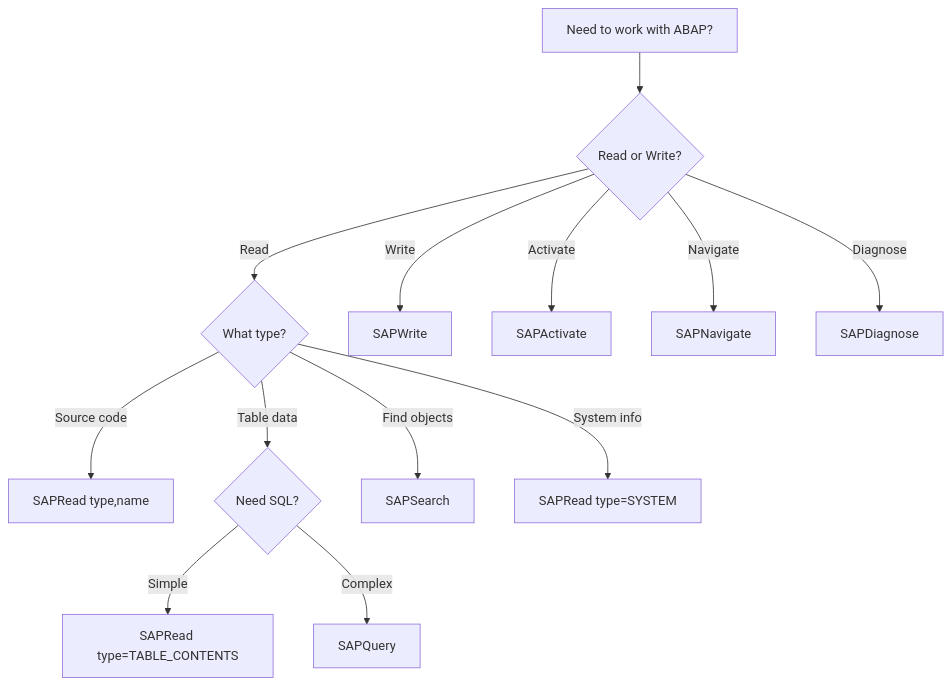
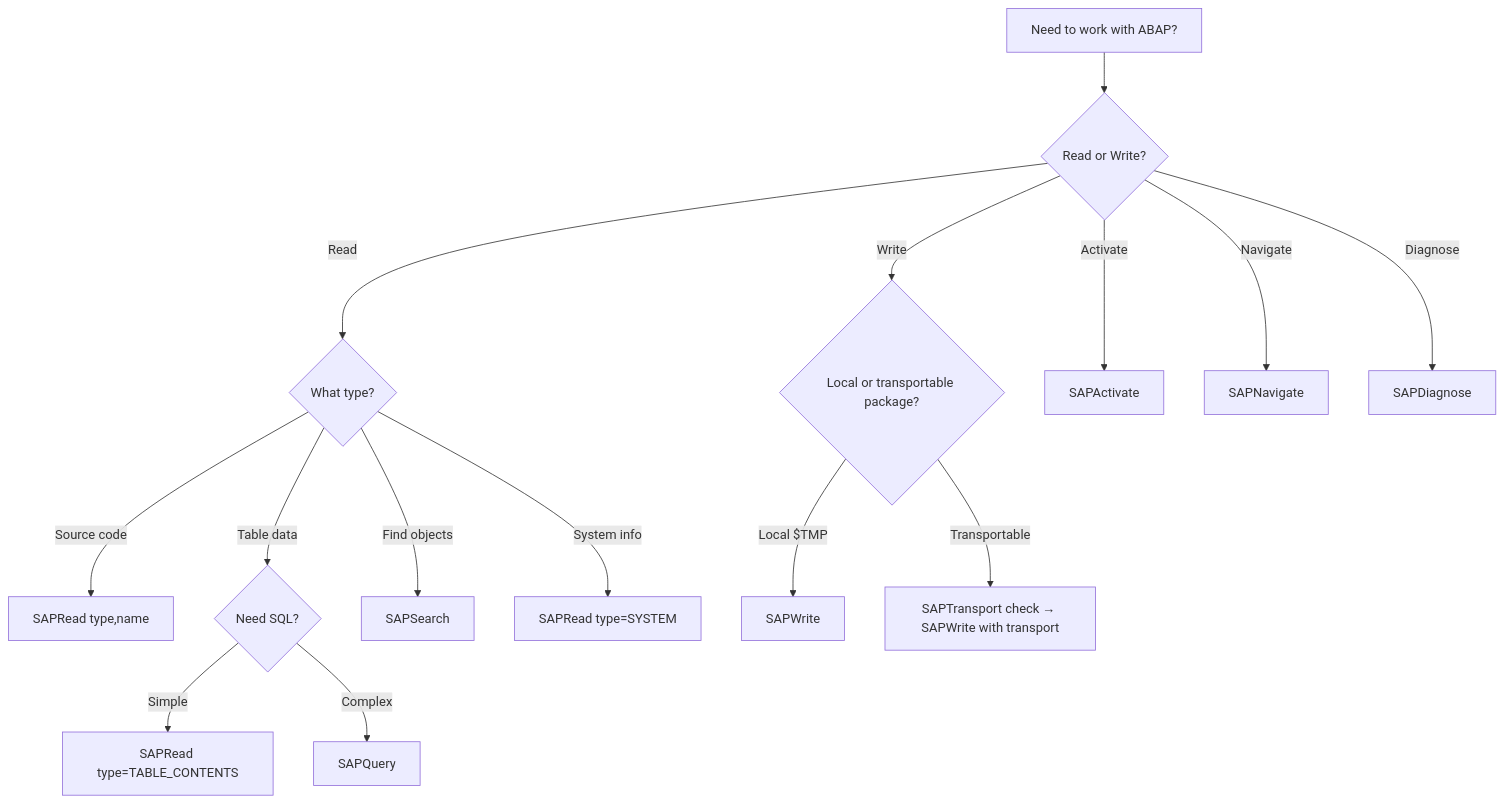
Before and after one commit to marianfoo/arc-1: the first of 2 diagrams in docs/mcp-usage.md, drawn with Mermaid. The commit also changed other lines of this file and 1 other file, not shown here.

First line of the commit message:
docs: add SAPTransport check action and transport pre-flight workflow

````diff
--- a/docs/mcp-usage.md
+++ b/docs/mcp-usage.md
@@ -64,19 +64,21 @@
 ```mermaid
 flowchart TD
     START[Need to work with ABAP?]
 
     START --> READ{Read or Write?}
 
     READ -->|Read| RTYPE{What type?}
     RTYPE -->|Source code| SR[SAPRead type,name]
     RTYPE -->|Table data| TD{Need SQL?}
     TD -->|Simple| SR2[SAPRead type=TABLE_CONTENTS]
     TD -->|Complex| SQ[SAPQuery]
     RTYPE -->|Find objects| SS[SAPSearch]
     RTYPE -->|System info| SR3[SAPRead type=SYSTEM]
 
-    READ -->|Write| SW[SAPWrite]
+    READ -->|Write| WTYPE{Local or transportable package?}
+    WTYPE -->|Local $TMP| SW[SAPWrite]
+    WTYPE -->|Transportable| ST[SAPTransport check → SAPWrite with transport]
     READ -->|Activate| SA[SAPActivate]
     READ -->|Navigate| SN[SAPNavigate]
     READ -->|Diagnose| SD[SAPDiagnose]
 ```
````
